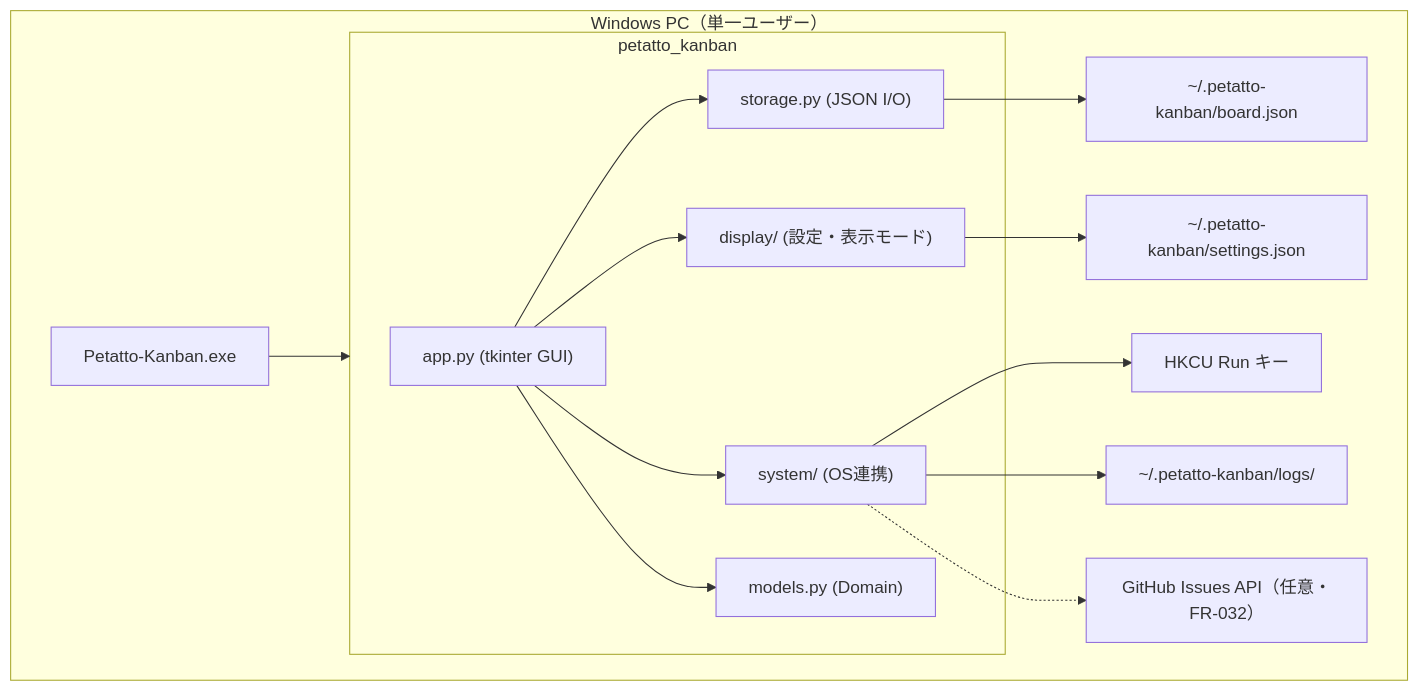
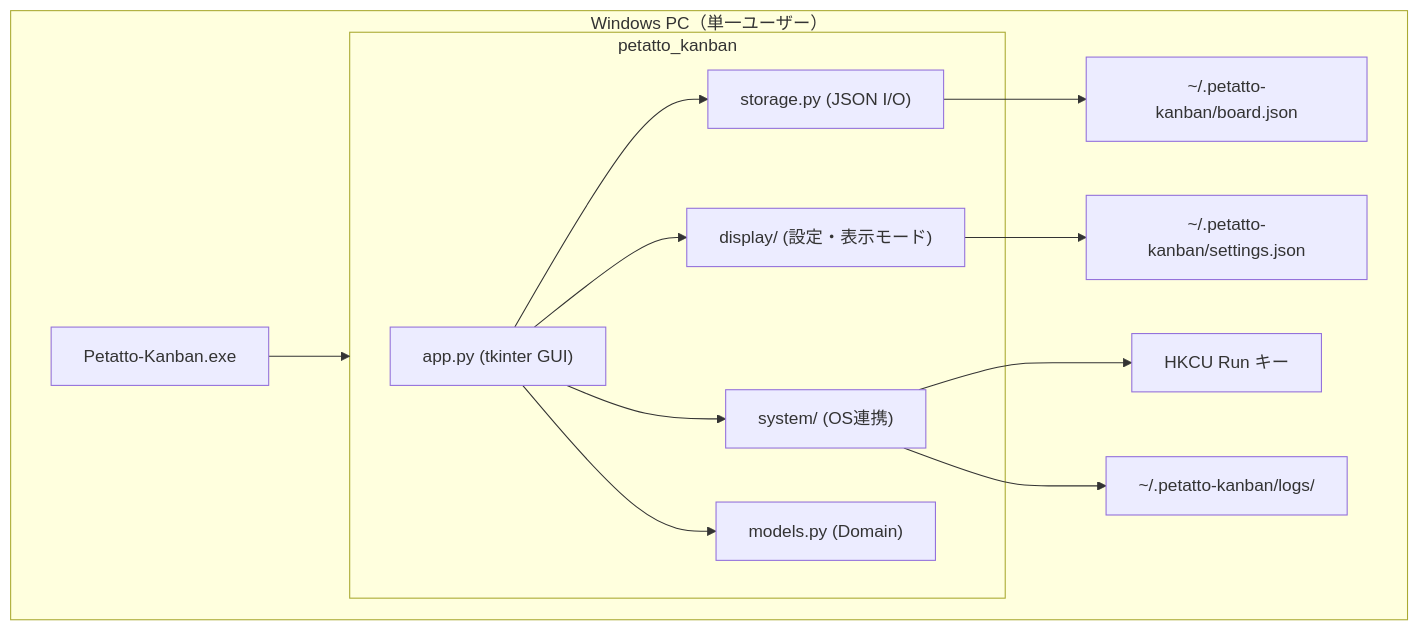
One commit to suzuki-hidehito66/Petatto-Kanban changed the diagram in docs/spec/09-architecture.md. Above: the diagram before and after it, drawn with Mermaid. The commit also changed other lines of this file and 12 other files, not shown here.

First line of the commit message:
docs: FR-032 GitHub Issue 自動起票を cancelled にする

````diff
--- a/docs/spec/09-architecture.md
+++ b/docs/spec/09-architecture.md
@@ -15,28 +15,26 @@
 ```mermaid
 flowchart TB
     subgraph Desktop["Windows PC（単一ユーザー）"]
         EXE["Petatto-Kanban.exe"]
         subgraph App["petatto_kanban"]
             UI["app.py (tkinter GUI)"]
             Display["display/ (設定・表示モード)"]
             System["system/ (OS連携)"]
             Models["models.py (Domain)"]
             Storage["storage.py (JSON I/O)"]
         end
         BoardJSON["~/.petatto-kanban/board.json"]
         SettingsJSON["~/.petatto-kanban/settings.json"]
         ErrorLogs["~/.petatto-kanban/logs/"]
         Registry["HKCU Run キー"]
-        GitHub["GitHub Issues API（任意・FR-032）"]
     end
     EXE --> App
     Storage --> BoardJSON
     Display --> SettingsJSON
     System --> Registry
     System --> ErrorLogs
-    System -.-> GitHub
     UI --> Models
     UI --> Storage
     UI --> Display
     UI --> System
 ```
````
